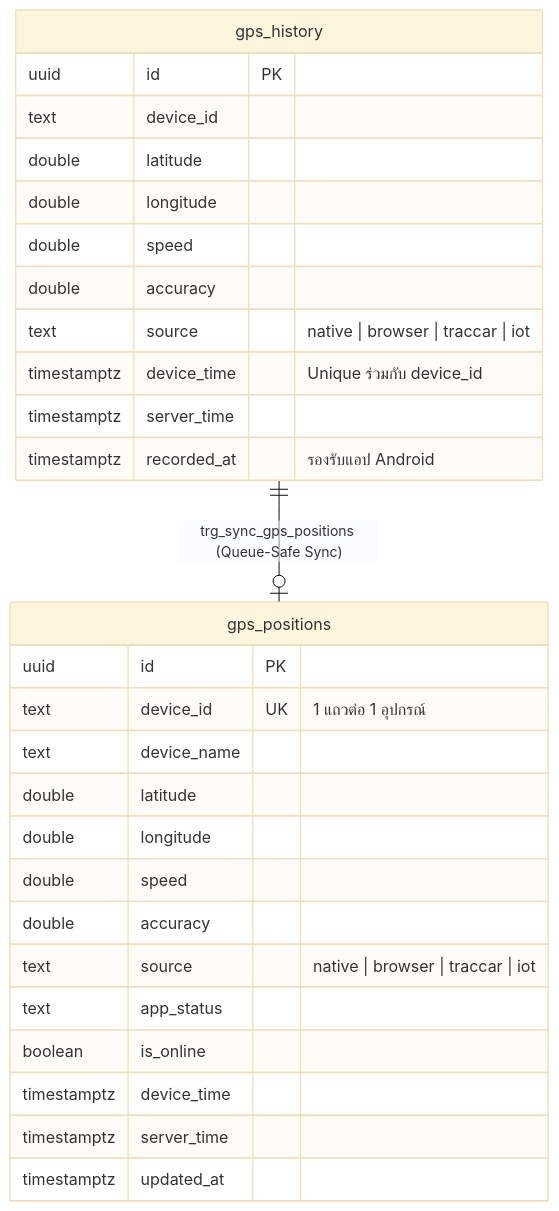
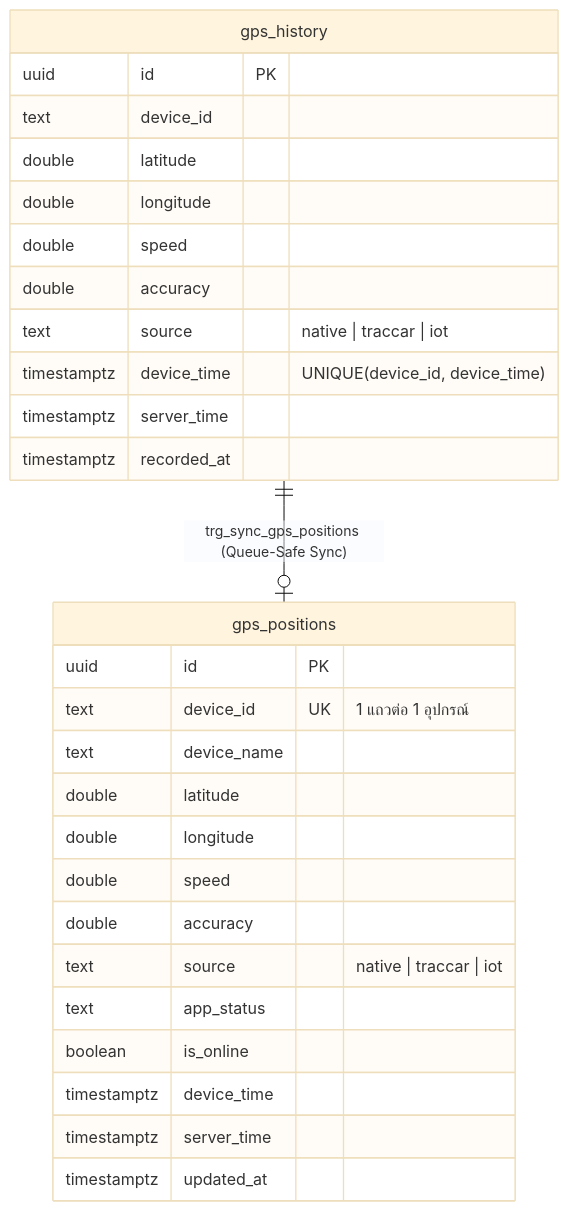
Before and after one commit to bossporrawat-project/Final-Project: the second of 2 diagrams in README.md, drawn with Mermaid (base theme). The commit also changed other lines of this file and 1 other file, not shown here.

Commit message:
docs: update README.md and ARCHITECTURE_STACK.md with Mean Route, LittleFS Auto-Fallback, Split 3-Table History Log, and Full-DB Export

````diff
--- a/README.md
+++ b/README.md
@@ -64,31 +122,31 @@
 ```mermaid
 erDiagram
     gps_history ||--o| gps_positions : "trg_sync_gps_positions (Queue-Safe Sync)"
     gps_positions {
         uuid id PK
         text device_id UK "1 แถวต่อ 1 อุปกรณ์"
         text device_name
         double latitude
         double longitude
         double speed
         double accuracy
-        text source "native | browser | traccar | iot"
+        text source "native | traccar | iot"
         text app_status
         boolean is_online
         timestamptz device_time
         timestamptz server_time
         timestamptz updated_at
     }
     gps_history {
         uuid id PK
         text device_id
         double latitude
         double longitude
         double speed
         double accuracy
-        text source "native | browser | traccar | iot"
-        timestamptz device_time "Unique ร่วมกับ device_id"
+        text source "native | traccar | iot"
+        timestamptz device_time "UNIQUE(device_id, device_time)"
         timestamptz server_time
-        timestamptz recorded_at "รองรับแอป Android"
+        timestamptz recorded_at
     }
 ```
````
